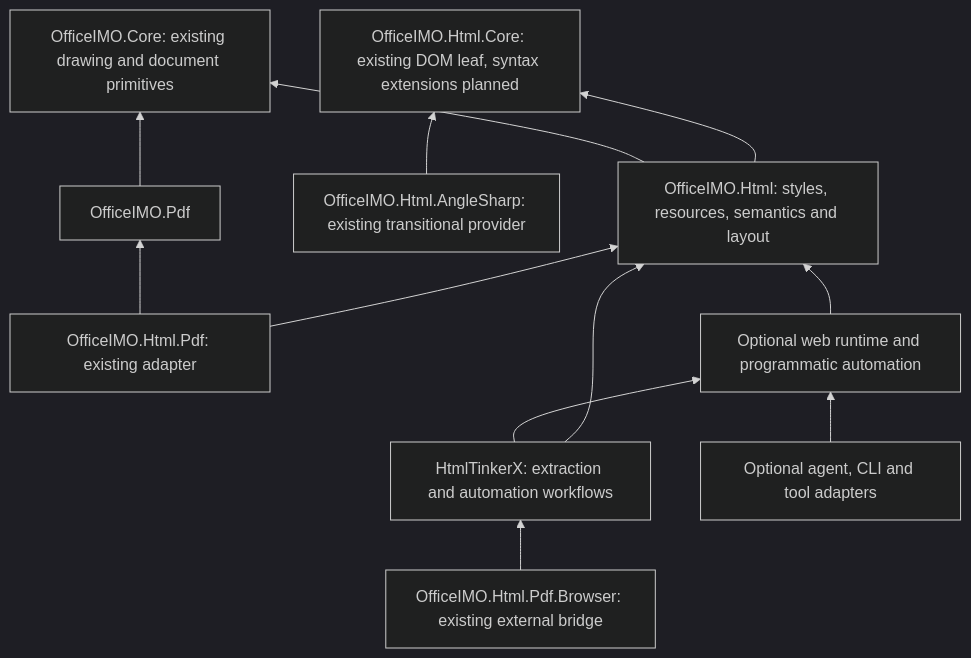
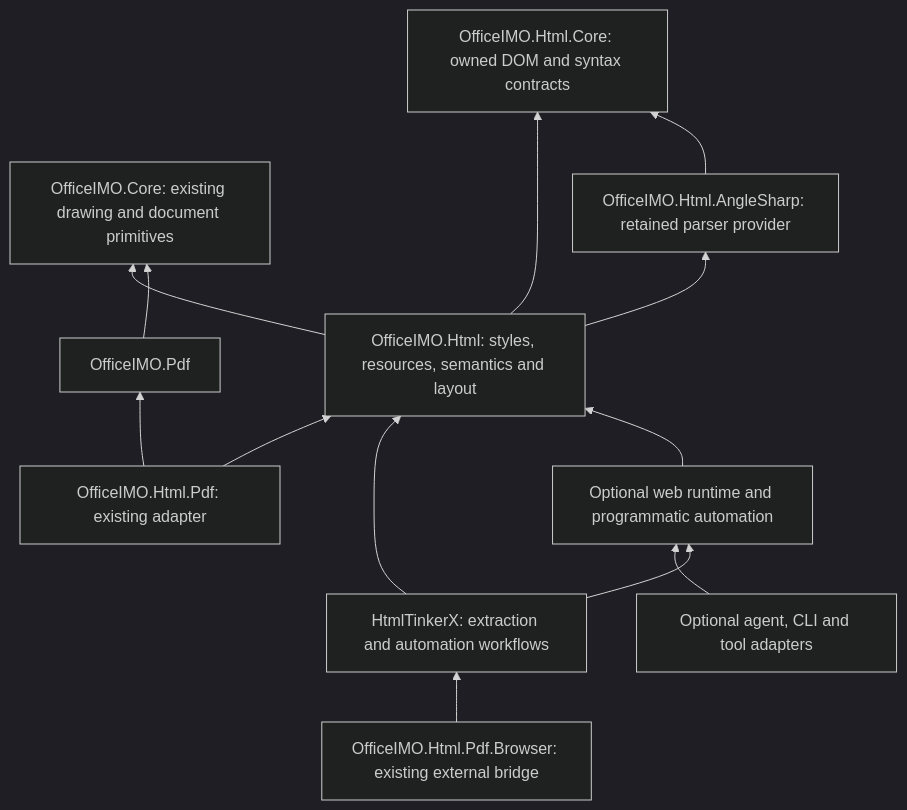
The first of 2 diagrams in Docs/officeimo.html-engine-design.md (EvotecIT/OfficeIMO), drawn with Mermaid (dark theme) before and after one commit. The commit also changed other lines of this file and 3 other files, not shown here.

Commit message:
Align HTML roadmap with retained providers and staged delivery

````diff
--- a/Docs/officeimo.html-engine-design.md
+++ b/Docs/officeimo.html-engine-design.md
@@ -81,16 +85,17 @@
 ```mermaid
 flowchart BT
-    HC[OfficeIMO.Html.Core: existing DOM leaf, syntax extensions planned]
+    HC[OfficeIMO.Html.Core: owned DOM and syntax contracts]
     OC[OfficeIMO.Core: existing drawing and document primitives]
     H[OfficeIMO.Html: styles, resources, semantics and layout] --> HC
     H --> OC
-    A[OfficeIMO.Html.AngleSharp: existing transitional provider] --> HC
+    A[OfficeIMO.Html.AngleSharp: retained parser provider] --> HC
+    H --> A
     P[OfficeIMO.Html.Pdf: existing adapter] --> H
     P --> PDF[OfficeIMO.Pdf]
     PDF --> OC
     T[HtmlTinkerX: extraction and automation workflows] --> H
     R[Optional web runtime and programmatic automation] --> H
     G[Optional agent, CLI and tool adapters] --> R
     T --> R
     B[OfficeIMO.Html.Pdf.Browser: existing external bridge] --> T
 ```
````
